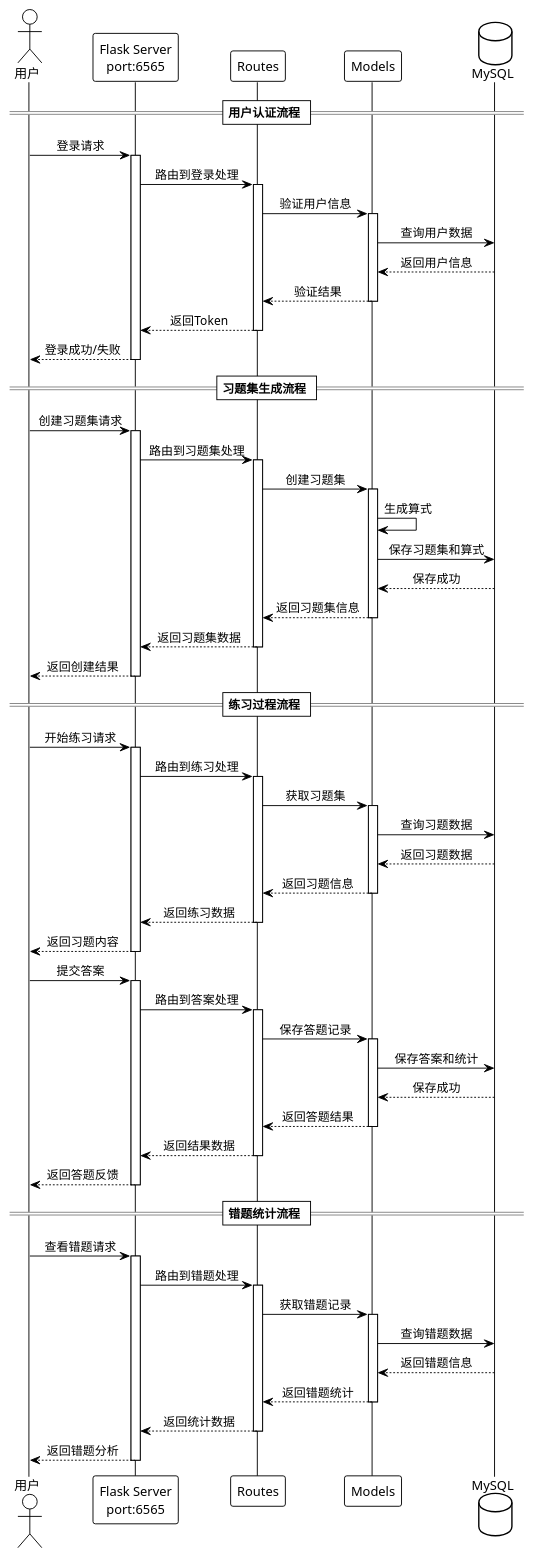
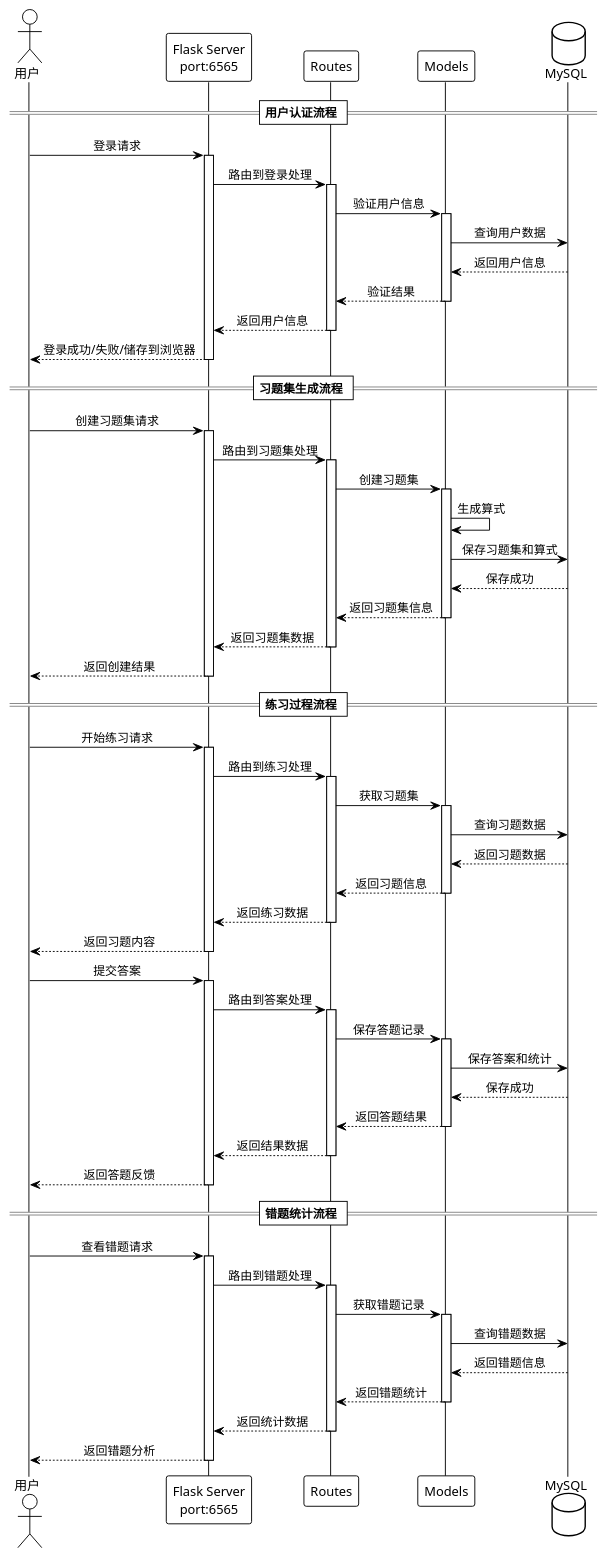
The diagram in 后端时序图.puml (sukeroV/ks_), drawn with PlantUML before and after one commit. The commit also changed 12 other files, not shown here.

Commit message:
最终6-UML--未测试

```diff
--- a/后端时序图.puml
+++ b/后端时序图.puml
@@ -1,93 +1,93 @@
 @startuml 后端处理流程时序图
 
 !theme plain
 skinparam backgroundColor white
 skinparam sequenceMessageAlign center
 
 actor "用户" as user
 participant "Flask Server\nport:6565" as server
 participant "Routes" as routes
 participant "Models" as models
 database "MySQL" as db
 
 == 用户认证流程 ==
 user -> server: 登录请求
 activate server
 server -> routes: 路由到登录处理
 activate routes
 routes -> models: 验证用户信息
 activate models
 models -> db: 查询用户数据
 db --> models: 返回用户信息
 models --> routes: 验证结果
 deactivate models
-routes --> server: 返回Token
+routes --> server: 返回用户信息
 deactivate routes
-server --> user: 登录成功/失败
+server --> user: 登录成功/失败/储存到浏览器
 deactivate server
 
 == 习题集生成流程 ==
 user -> server: 创建习题集请求
 activate server
 server -> routes: 路由到习题集处理
 activate routes
 routes -> models: 创建习题集
 activate models
 models -> models: 生成算式
 models -> db: 保存习题集和算式
 db --> models: 保存成功
 models --> routes: 返回习题集信息
 deactivate models
 routes --> server: 返回习题集数据
 deactivate routes
 server --> user: 返回创建结果
 deactivate server
 
 == 练习过程流程 ==
 user -> server: 开始练习请求
 activate server
 server -> routes: 路由到练习处理
 activate routes
 routes -> models: 获取习题集
 activate models
 models -> db: 查询习题数据
 db --> models: 返回习题数据
 models --> routes: 返回习题信息
 deactivate models
 routes --> server: 返回练习数据
 deactivate routes
 server --> user: 返回习题内容
 deactivate server
 
 user -> server: 提交答案
 activate server
 server -> routes: 路由到答案处理
 activate routes
 routes -> models: 保存答题记录
 activate models
 models -> db: 保存答案和统计
 db --> models: 保存成功
 models --> routes: 返回答题结果
 deactivate models
 routes --> server: 返回结果数据
 deactivate routes
 server --> user: 返回答题反馈
 deactivate server
 
 == 错题统计流程 ==
 user -> server: 查看错题请求
 activate server
 server -> routes: 路由到错题处理
 activate routes
 routes -> models: 获取错题记录
 activate models
 models -> db: 查询错题数据
 db --> models: 返回错题信息
 models --> routes: 返回错题统计
 deactivate models
 routes --> server: 返回统计数据
 deactivate routes
 server --> user: 返回错题分析
 deactivate server
 
 @enduml 
```
